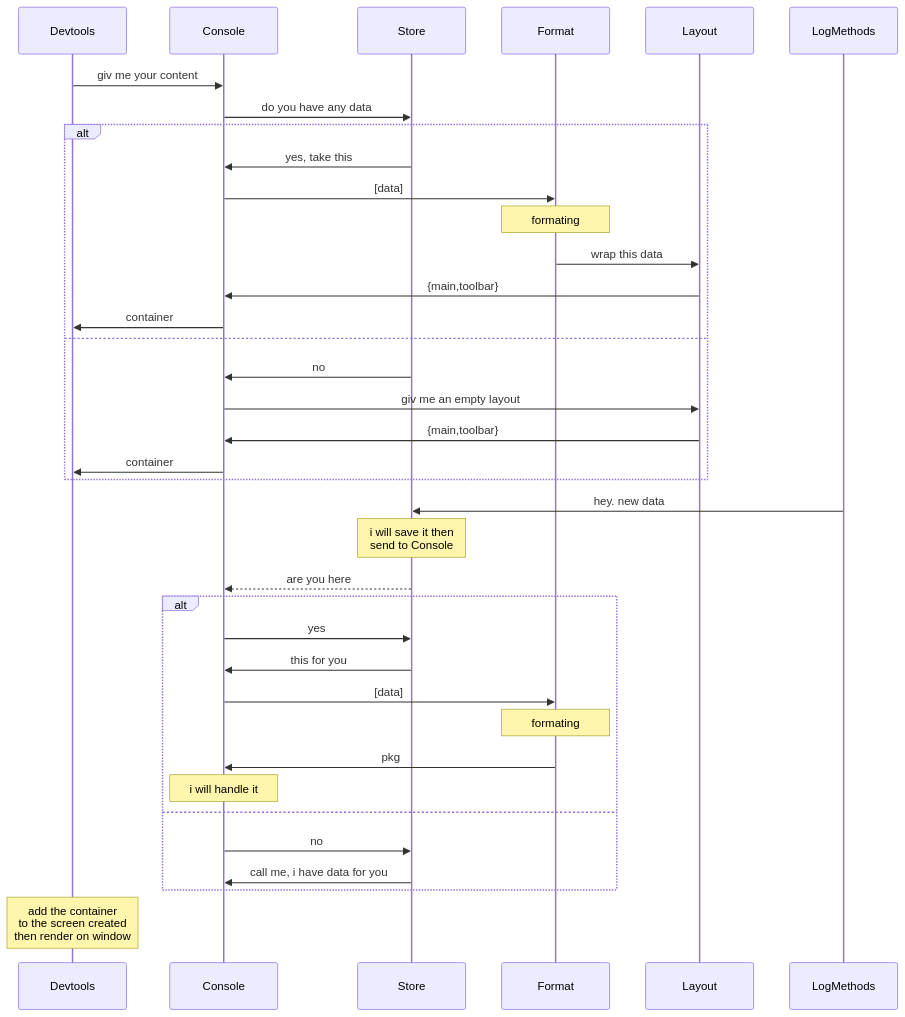
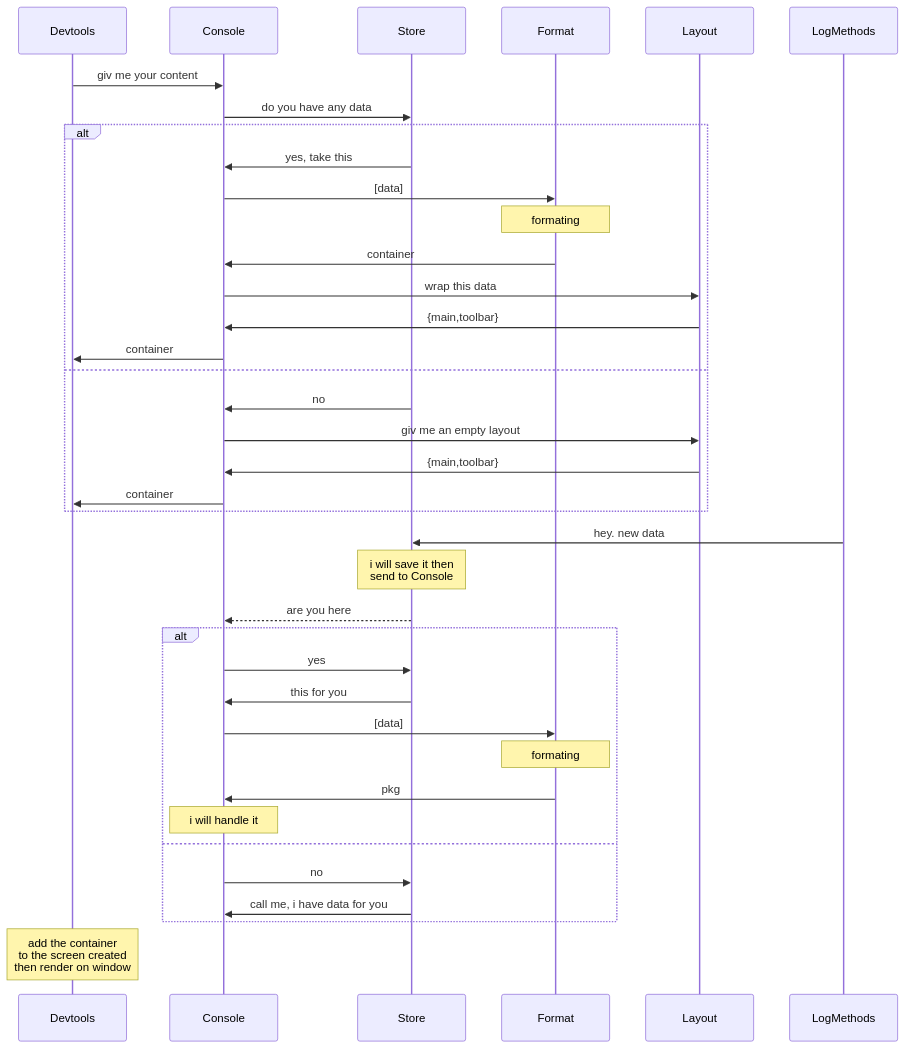
Before and after one commit to moo-m/MDev: the second of 2 diagrams in README.md, drawn with Mermaid.

````diff
--- a/README.md
+++ b/README.md
@@ -135,52 +135,53 @@
 ```mermaid
 sequenceDiagram
 participant Devtools
 participant Console
 participant Store
 participant Format
 participant Layout
 participant LogMethods
 
 Devtools->>Console:giv me your content
 Console ->> Store:do you have any data
 
 alt
 Store->>Console:yes, take this
 Console ->> Format:[data]
 Note over Format:formating
-Format ->> Layout:wrap this data
+Format ->> Console: container
+Console->>Layout:wrap this data
 Layout ->> Console:{main,toolbar}
 Console ->>Devtools:container
 
 else
 
 Store->>Console:no
 Console->>Layout:giv me an empty layout
 Layout ->> Console:{main,toolbar}
 Console ->>Devtools:container
 
 end
 
 LogMethods->>Store:hey. new data
 Note over Store:i will save it then<br/>send to Console
 Store -->> Console: are you here 
 
 alt
 
 Console->>Store:yes
 Store ->>Console:this for you
 Console ->> Format:[data]
 Note over Format:formating
 Format ->> Console:pkg
 Note over Console:i will handle it
 
 else
 
 Console->>Store:no
 Store ->>Console:call me, i have data for you
 
 end
 
 Note over Devtools:add the container <br/>to the screen created <br/>then render on window
 
 ```
````
